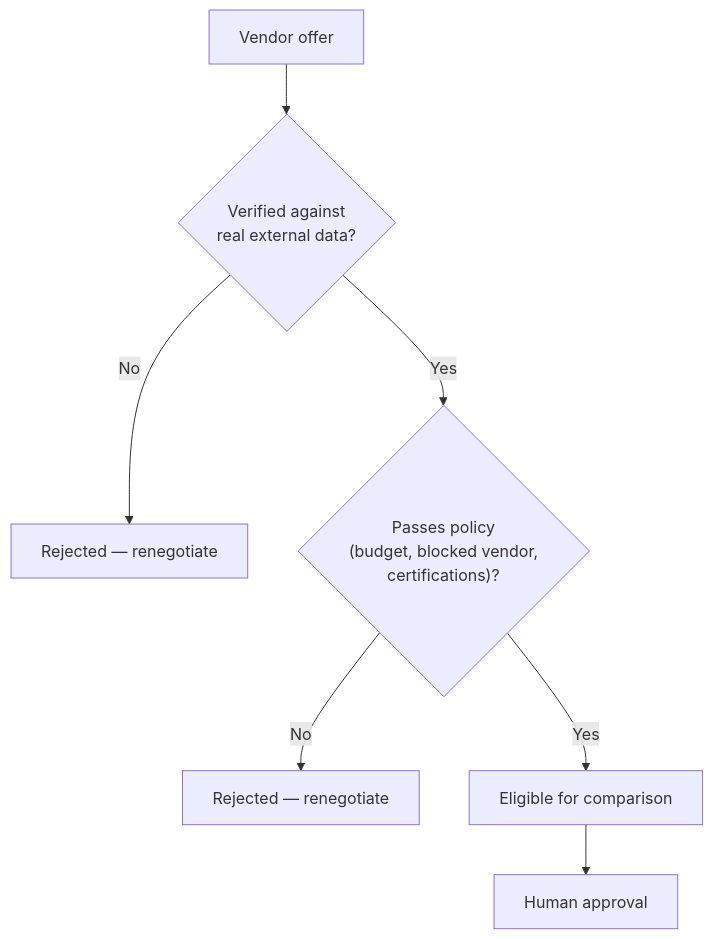
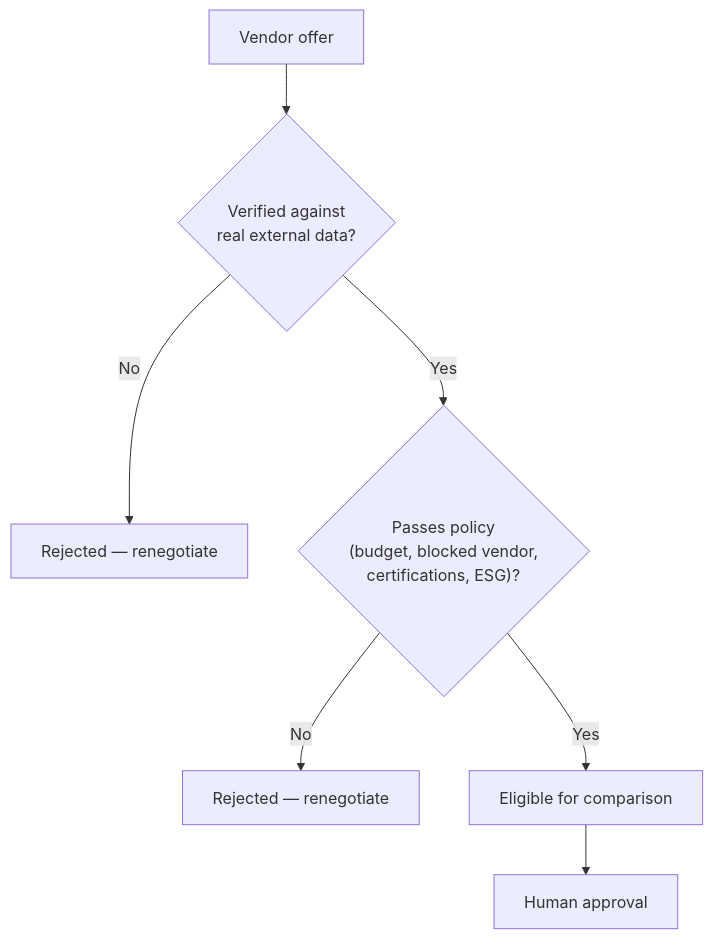
Before and after one commit to maha-rk/pact: the third of 6 diagrams in README.md, drawn with Mermaid. The commit also changed other lines of this file and 18 other files, not shown here.

````diff
--- a/README.md
+++ b/README.md
@@ -255,9 +255,9 @@
 ```mermaid
 flowchart TD
     A["Vendor offer"] --> B{"Verified against<br/>real external data?"}
     B -- No --> C["Rejected — renegotiate"]
-    B -- Yes --> D{"Passes policy<br/>(budget, blocked vendor,<br/>certifications)?"}
+    B -- Yes --> D{"Passes policy<br/>(budget, blocked vendor,<br/>certifications, ESG)?"}
     D -- No --> E["Rejected — renegotiate"]
     D -- Yes --> F["Eligible for comparison"]
     F --> G["Human approval"]
 ```
````
